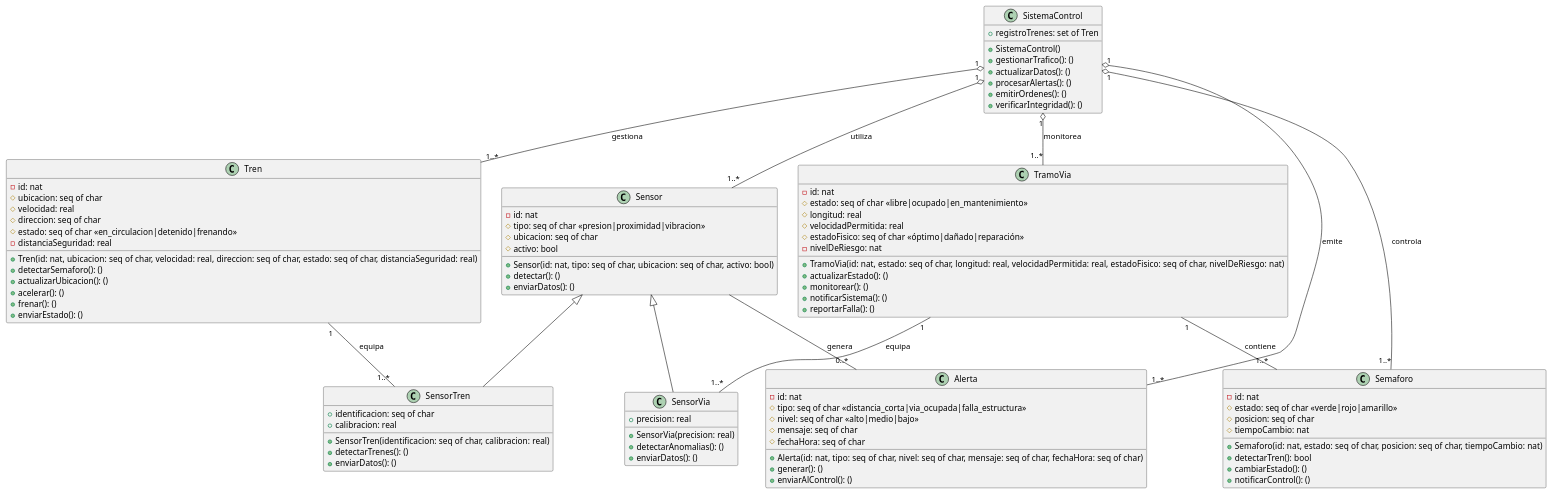
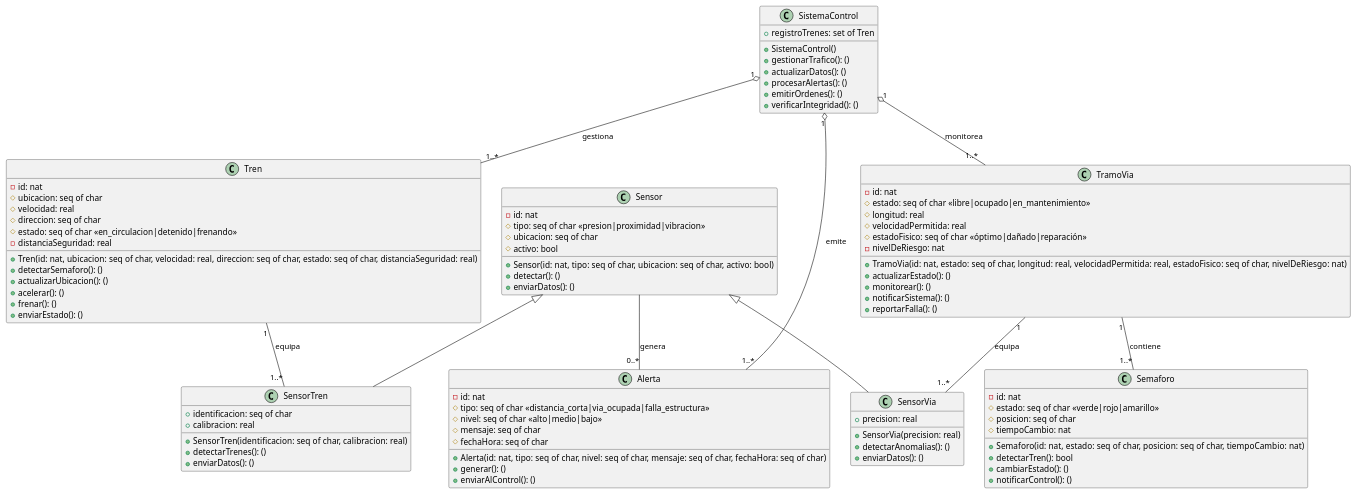
One commit to RodrigoStranger/mf-trafico-de-trenes changed the diagram in diagrama de clases/trafico-de-trenes.wsd. Above: the diagram before and after it, drawn with PlantUML.

```diff
--- a/diagrama de clases/trafico-de-trenes.wsd
+++ b/diagrama de clases/trafico-de-trenes.wsd
@@ -1,108 +1,106 @@
 @startuml trafico de trenes
 
 class Tren {
     -id: nat
     #ubicacion: seq of char
     #velocidad: real
     #direccion: seq of char
     #estado: seq of char <<en_circulacion|detenido|frenando>>
     -distanciaSeguridad: real
     +Tren(id: nat, ubicacion: seq of char, velocidad: real, direccion: seq of char, estado: seq of char, distanciaSeguridad: real)
     +detectarSemaforo(): ()
     +actualizarUbicacion(): ()
     +acelerar(): ()
     +frenar(): ()
     +enviarEstado(): ()
 }
 
 class TramoVia {
     -id: nat
     #estado: seq of char <<libre|ocupado|en_mantenimiento>>
     #longitud: real
     #velocidadPermitida: real
     #estadoFisico: seq of char <<óptimo|dañado|reparación>>
     -nivelDeRiesgo: nat
     +TramoVia(id: nat, estado: seq of char, longitud: real, velocidadPermitida: real, estadoFisico: seq of char, nivelDeRiesgo: nat)
     +actualizarEstado(): ()
     +monitorear(): ()
     +notificarSistema(): ()
     +reportarFalla(): ()
 }
 
 class Sensor {
     -id: nat
     #tipo: seq of char <<presion|proximidad|vibracion>>
     #ubicacion: seq of char
     #activo: bool
     +Sensor(id: nat, tipo: seq of char, ubicacion: seq of char, activo: bool)
     +detectar(): ()
     +enviarDatos(): ()
 }
 
 class SensorTren {
     +identificacion: seq of char
     +calibracion: real
     +SensorTren(identificacion: seq of char, calibracion: real)
     +detectarTrenes(): ()
     +enviarDatos(): ()
 }
 
 class SensorVia {
     +precision: real
     +SensorVia(precision: real)
     +detectarAnomalias(): ()
     +enviarDatos(): ()
 }
 
 class Semaforo {
     -id: nat
     #estado: seq of char <<verde|rojo|amarillo>>
     #posicion: seq of char
     #tiempoCambio: nat
     +Semaforo(id: nat, estado: seq of char, posicion: seq of char, tiempoCambio: nat)
     +detectarTren(): bool
     +cambiarEstado(): ()
     +notificarControl(): ()
 }
 
 class Alerta {
     -id: nat
     #tipo: seq of char <<distancia_corta|via_ocupada|falla_estructura>>
     #nivel: seq of char <<alto|medio|bajo>>
     #mensaje: seq of char
     #fechaHora: seq of char
     +Alerta(id: nat, tipo: seq of char, nivel: seq of char, mensaje: seq of char, fechaHora: seq of char)
     +generar(): ()
     +enviarAlControl(): ()
 }
 
 class SistemaControl {
     +registroTrenes: set of Tren
     +SistemaControl()
     +gestionarTrafico(): ()
     +actualizarDatos(): ()
     +procesarAlertas(): ()
     +emitirOrdenes(): ()
     +verificarIntegridad(): ()
 }
 
 ' Herencia
 Sensor <|-- SensorTren
 Sensor <|-- SensorVia
 
 ' Relaciones del sistema
 SistemaControl "1" o-- "1..*" Tren : gestiona 
 SistemaControl "1" o-- "1..*" TramoVia : monitorea 
-SistemaControl "1" o-- "1..*" Semaforo : controla 
 SistemaControl "1" o-- "1..*" Alerta : emite 
-SistemaControl "1" o-- "1..*" Sensor : utiliza 
 
 ' Relaciones entre entidades físicas
 TramoVia "1" -- "1..*" Semaforo : contiene 
 TramoVia "1" -- "1..*" SensorVia : equipa 
 Tren "1" -- "1..*" SensorTren : equipa
 
 ' Generación de alertas
 Sensor -- "0..*" Alerta : genera
 
 @enduml
```
